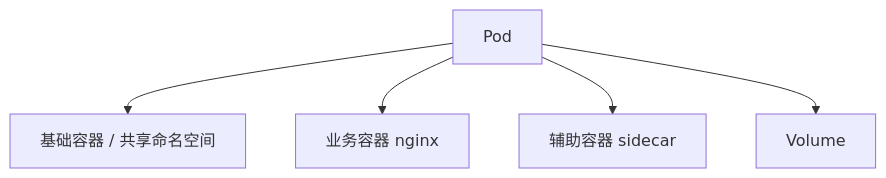
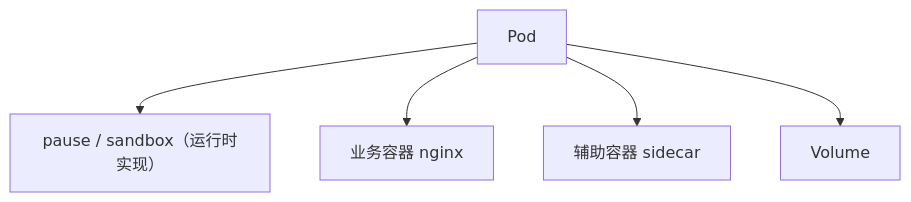
The first of 3 diagrams in docs/07-K8s初体验/6-Pod概念及Pod架构.md (yleoer/k8s-learn), drawn with Mermaid before and after one commit. The commit also changed other lines of this file and 56 other files, not shown here.

````diff
--- a/docs/07-K8s初体验/6-Pod概念及Pod架构.md
+++ b/docs/07-K8s初体验/6-Pod概念及Pod架构.md
@@ -9,8 +9,8 @@
 ```mermaid
 flowchart TB
   pod["Pod"]
-  pod --> pause["基础容器 / 共享命名空间"]
+  pod --> pause["pause / sandbox（运行时实现）"]
   pod --> c1["业务容器 nginx"]
   pod --> c2["辅助容器 sidecar"]
   pod --> vol["Volume"]
 ```
````
